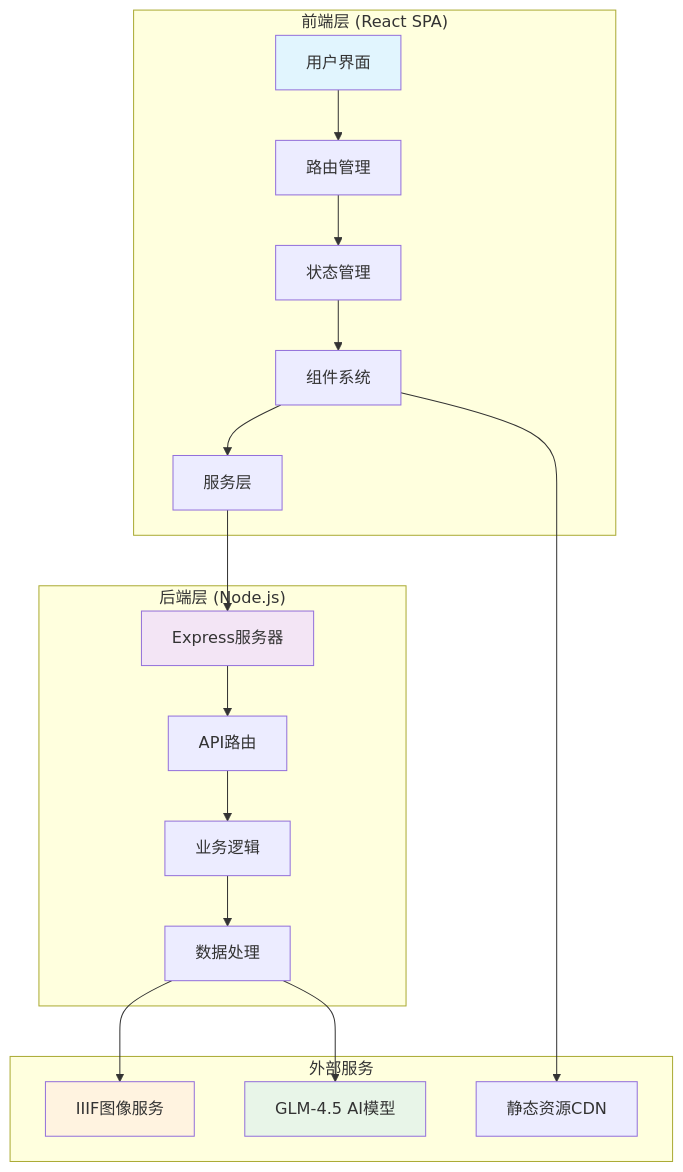
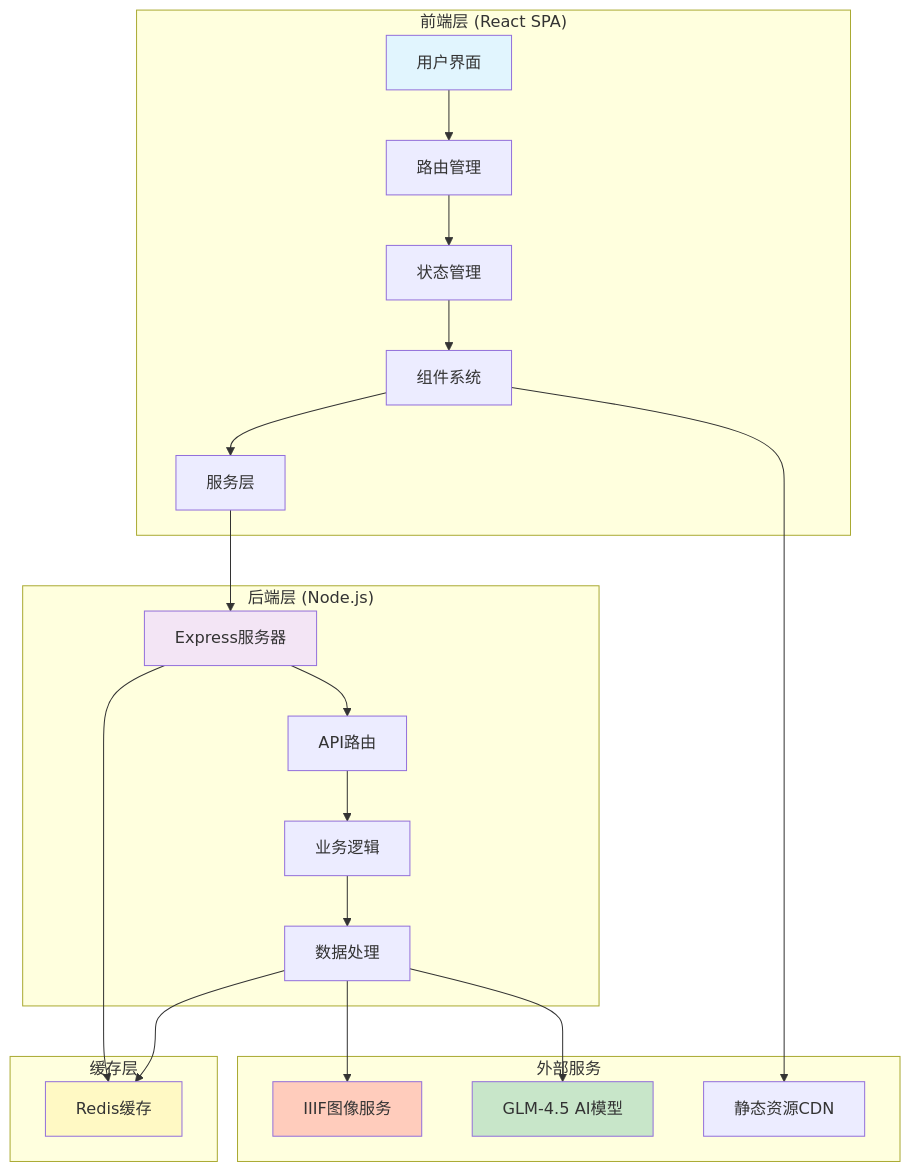
One commit to Harryleft/taofen-memory changed the diagram in README.md. Above: the diagram before and after it, drawn with Mermaid. The commit also changed other lines of this file, not shown here.

````diff
--- a/README.md
+++ b/README.md
@@ -31,31 +98,38 @@
 ```mermaid
 graph TB
     subgraph "前端层 (React SPA)"
         A[用户界面] --> B[路由管理]
         B --> C[状态管理]
         C --> D[组件系统]
         D --> E[服务层]
     end
-    
+
     subgraph "后端层 (Node.js)"
         F[Express服务器] --> G[API路由]
         G --> H[业务逻辑]
         H --> I[数据处理]
     end
-    
+
+    subgraph "缓存层"
+        J[Redis缓存]
+    end
+
     subgraph "外部服务"
-        J[IIIF图像服务]
-        K[GLM-4.5 AI模型]
-        L[静态资源CDN]
+        K[IIIF图像服务]
+        L[GLM-4.5 AI模型]
+        M[静态资源CDN]
     end
-    
+
     E --> F
     I --> J
     I --> K
-    D --> L
-    
+    I --> L
+    D --> M
+    F --> J
+
     style A fill:#e1f5fe
     style F fill:#f3e5f5
-    style J fill:#fff3e0
-    style K fill:#e8f5e8
+    style J fill:#fff9c4
+    style K fill:#ffccbc
+    style L fill:#c8e6c9
 ```
````
